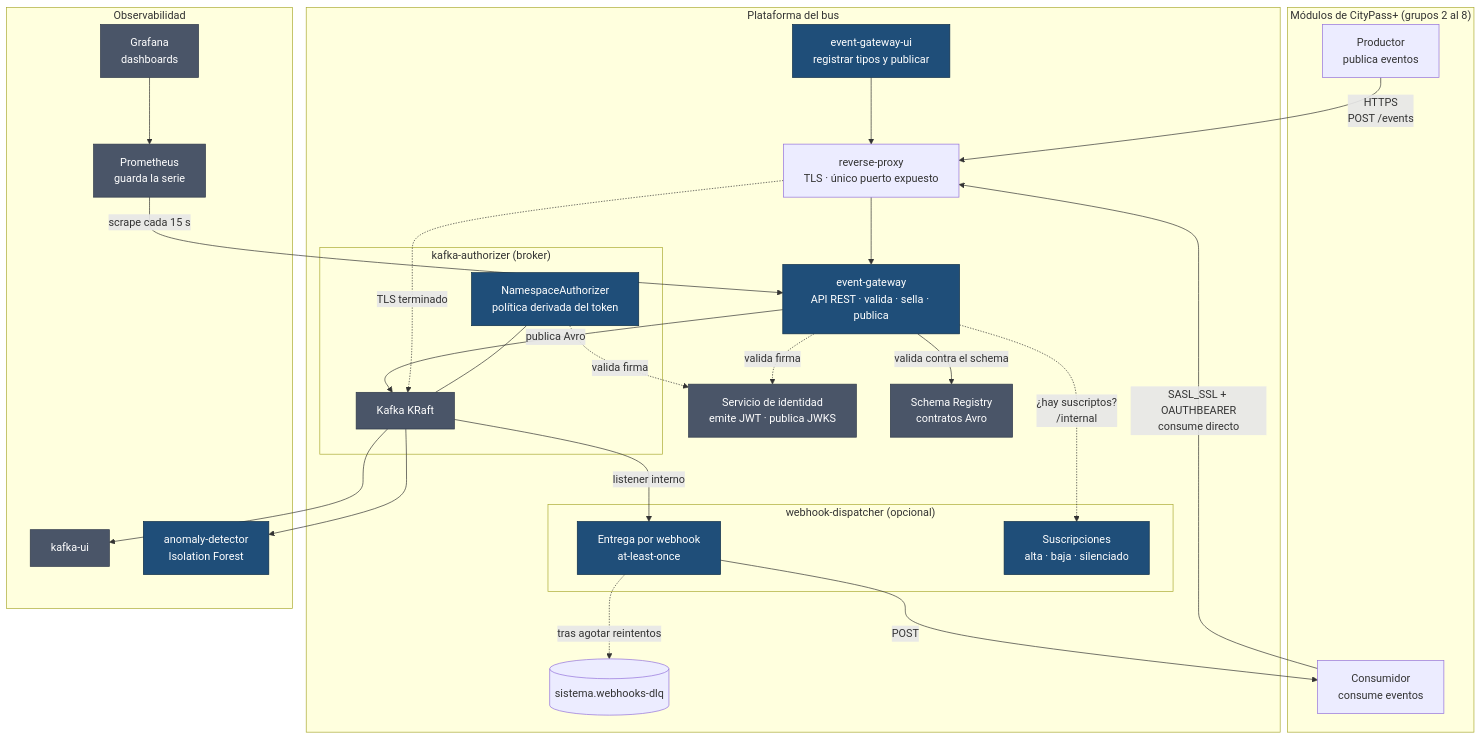
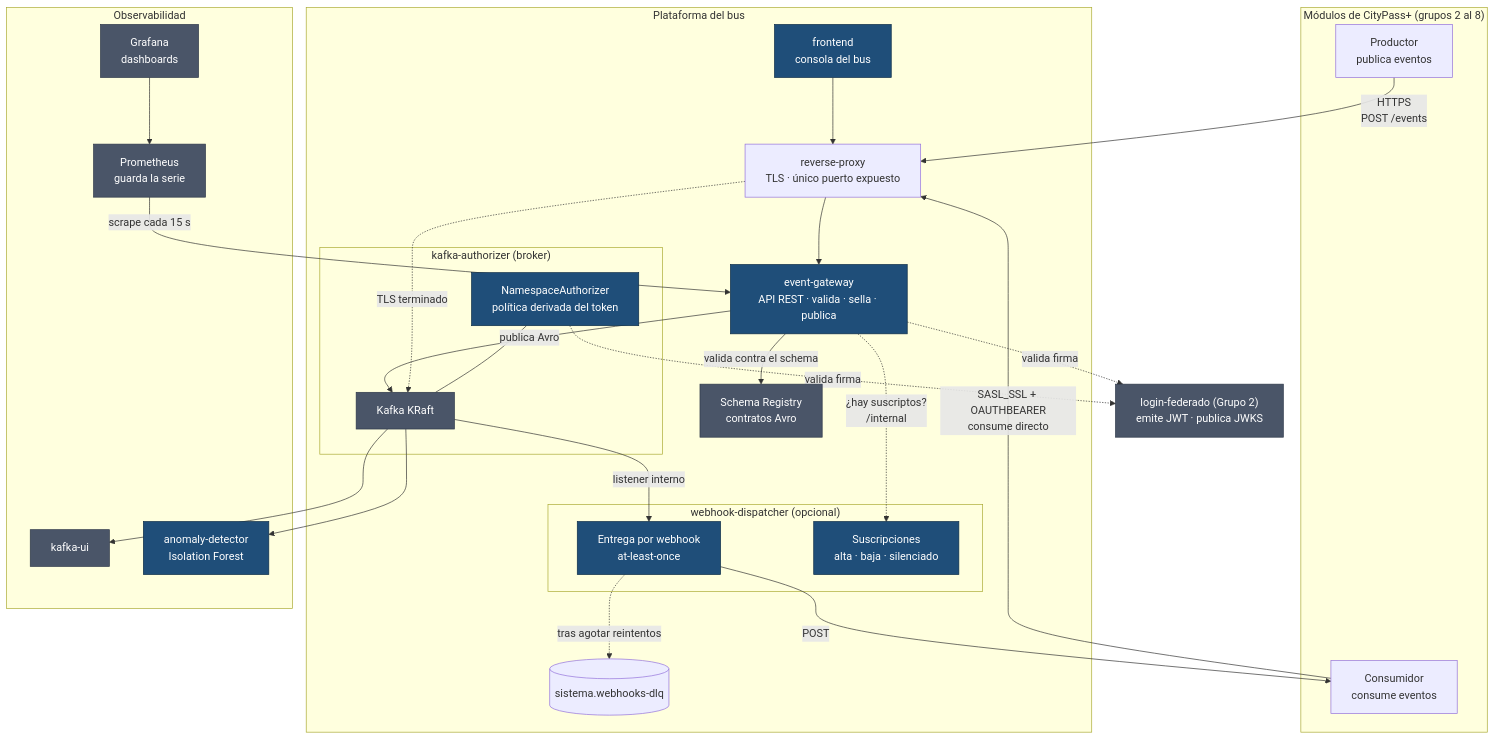
One commit to carlos-illobre/citypass-event-gateway changed the first of 3 diagrams in docs/ARCHITECTURE.md. Above: the diagram before and after it, drawn with Mermaid. The commit also changed other lines of this file and 117 other files, not shown here.

First line of the commit message:
feat(identidad): validar tokens de login-federado (Grupo 2) y retirar auth-simulator

````diff
--- a/docs/ARCHITECTURE.md
+++ b/docs/ARCHITECTURE.md
@@ -43,67 +43,68 @@
 ```mermaid
 flowchart TB
     subgraph grupos["Módulos de CityPass+ (grupos 2 al 8)"]
         productor["Productor<br/>publica eventos"]
         consumidor["Consumidor<br/>consume eventos"]
     end
 
     subgraph plataforma["Plataforma del bus"]
         proxy["reverse-proxy<br/>TLS · único puerto expuesto"]
 
         gateway["event-gateway<br/>API REST · valida · sella · publica"]
 
         subgraph dispatcher_box["webhook-dispatcher (opcional)"]
             webhook["Entrega por webhook<br/>at-least-once"]
             suscripciones["Suscripciones<br/>alta · baja · silenciado"]
         end
 
-        ui["event-gateway-ui<br/>registrar tipos y publicar"]
-        auth["Servicio de identidad<br/>emite JWT · publica JWKS"]
+        ui["frontend<br/>consola del bus"]
 
         subgraph kafka_box["kafka-authorizer (broker)"]
             broker["Kafka KRaft"]
             authz["NamespaceAuthorizer<br/>política derivada del token"]
         end
 
         registry["Schema Registry<br/>contratos Avro"]
         dlq[("sistema.webhooks-dlq")]
     end
+
+    auth["login-federado (Grupo 2)<br/>emite JWT · publica JWKS"]
 
     subgraph observabilidad["Observabilidad"]
         kafkaui["kafka-ui"]
         prometheus["Prometheus<br/>guarda la serie"]
         grafana["Grafana<br/>dashboards"]
         anomalias["anomaly-detector<br/>Isolation Forest"]
     end
 
     productor -->|"HTTPS<br/>POST /events"| proxy
     ui --> proxy
     proxy --> gateway
 
     gateway -->|"valida contra el schema"| registry
     gateway -->|"publica Avro"| broker
 
     %% El dispatcher lee del bus, no del gateway: son dos servicios que no se necesitan
     %% para trabajar. Lo único que los une es la consulta de /internal, y va al revés.
     broker -->|"listener interno"| webhook
     webhook -->|"POST"| consumidor
     webhook -.->|"tras agotar reintentos"| dlq
     gateway -.->|"¿hay suscriptos?<br/>/internal"| suscripciones
 
     consumidor -->|"SASL_SSL + OAUTHBEARER<br/>consume directo"| proxy
     proxy -.->|"TLS terminado"| broker
     authz --- broker
 
     gateway -.->|"valida firma"| auth
     authz -.->|"valida firma"| auth
 
     broker --> anomalias
     broker --> kafkaui
     prometheus -->|"scrape cada 15 s"| gateway
     grafana --> prometheus
 
     classDef propio fill:#1f4e79,stroke:#0d2d47,color:#fff
     classDef externo fill:#4a5568,stroke:#2d3748,color:#fff
     class gateway,webhook,suscripciones,ui,authz,anomalias propio
     class broker,registry,kafkaui,auth,prometheus,grafana externo
 ```
````
